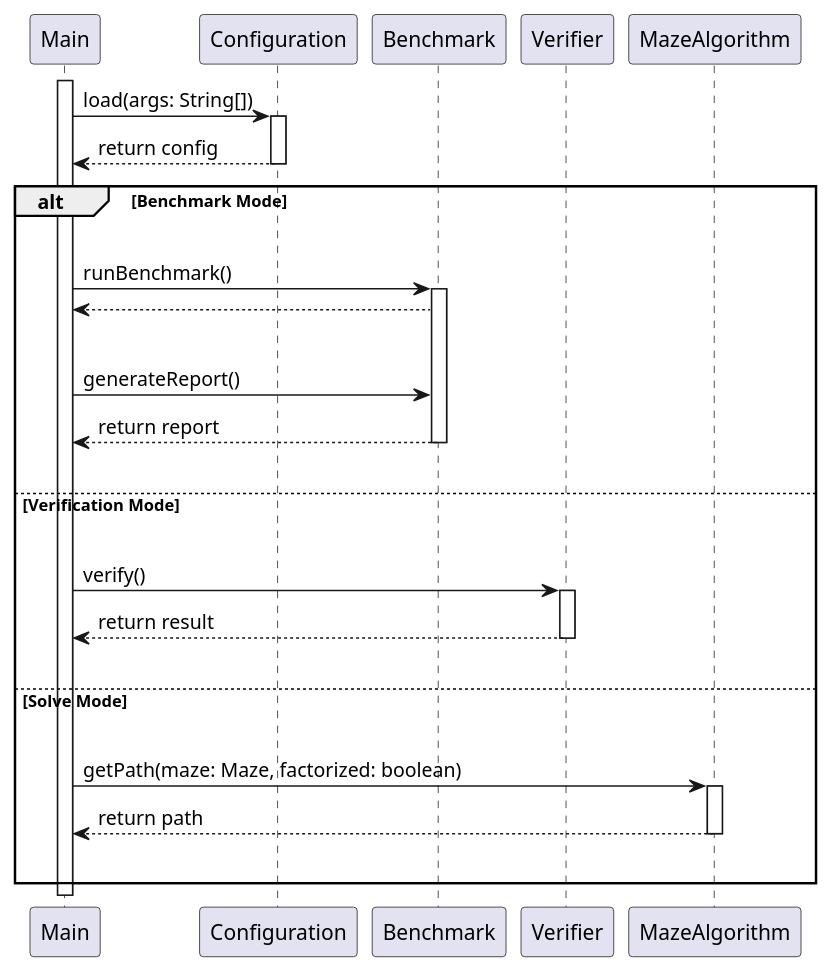
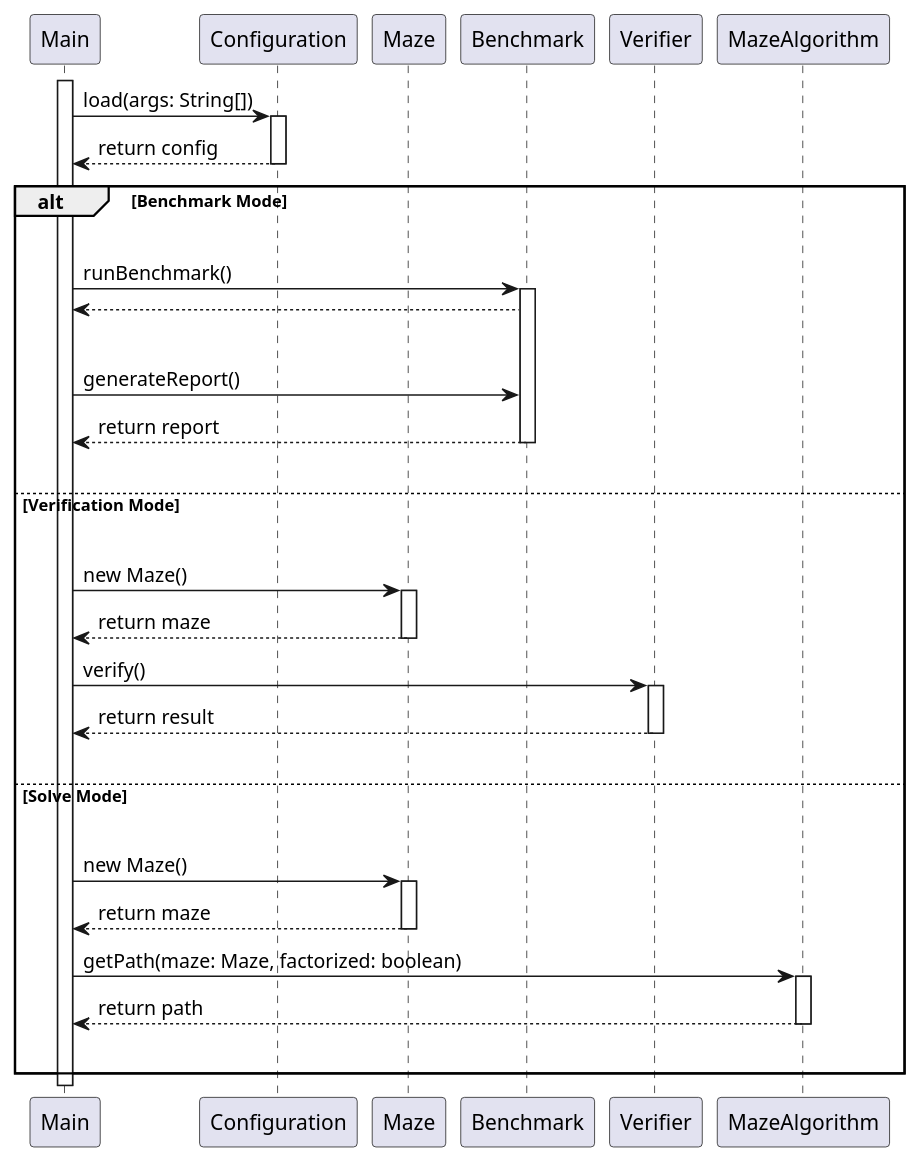
The diagram in UMLDiagrams/SequenceDiagram.plantuml (BilalM04/maze-runner-take-two), drawn with PlantUML before and after one commit. The commit also changed 1 other file, not shown here.

```diff
--- a/UMLDiagrams/SequenceDiagram.plantuml
+++ b/UMLDiagrams/SequenceDiagram.plantuml
@@ -1,34 +1,38 @@
 @startuml Sequence
 
     participant Main
     participant Configuration
-    ' participant Maze
+    participant Maze
     participant Benchmark
     participant Verifier
     participant MazeAlgorithm
 
     Main ++
     Main -> Configuration ++: load(args: String[])
     Main <-- Configuration --: return config
 
     alt Benchmark Mode
     |||
     Main -> Benchmark ++: runBenchmark()
     Main <-- Benchmark
     |||
     Main -> Benchmark: generateReport()
     Main <-- Benchmark --: return report
     |||
     else Verification Mode
     |||
+    Main -> Maze ++: new Maze()
+    Main <-- Maze --: return maze
     Main -> Verifier ++: verify()
     Main <-- Verifier --: return result
     |||
     else Solve Mode
     |||
+    Main -> Maze ++: new Maze()
+    Main <-- Maze --: return maze
     Main -> MazeAlgorithm ++: getPath(maze: Maze, factorized: boolean)
     Main <-- MazeAlgorithm --: return path
     |||
     end
 
 @enduml
```
